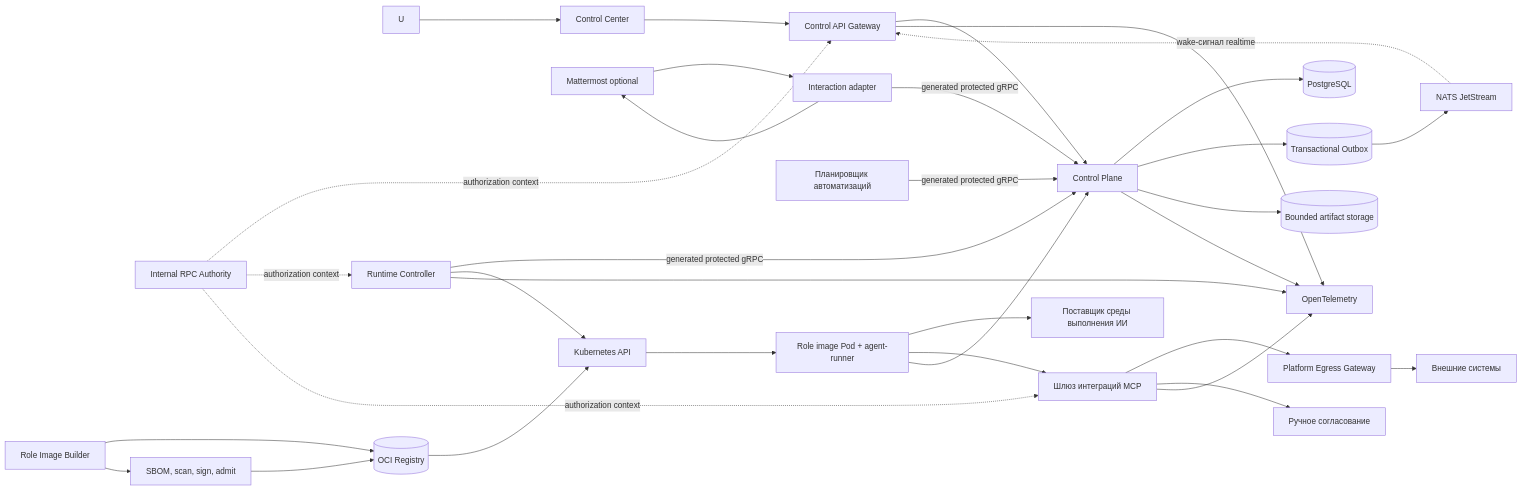
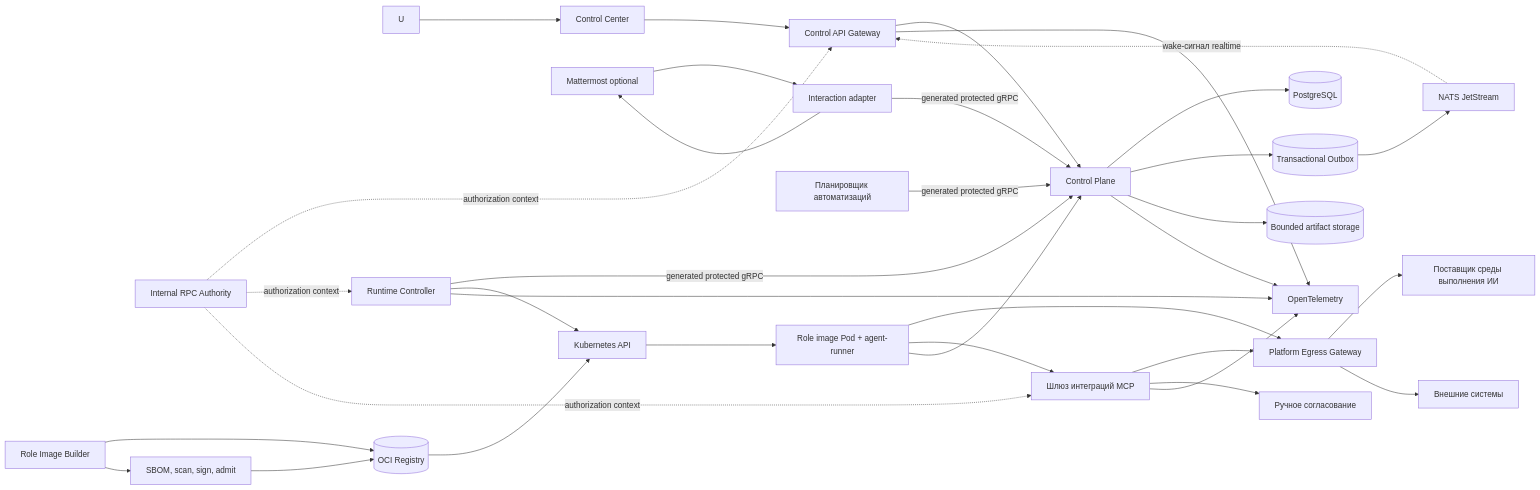
One commit to codex-k8s/kodex changed the diagram in docs/architecture/high-level-architecture.md. Above: the diagram before and after it, drawn with Mermaid. The commit also changed other lines of this file, not shown here.

Commit message:
docs: уточнить egress путь окружений ролей

````diff
--- a/docs/architecture/high-level-architecture.md
+++ b/docs/architecture/high-level-architecture.md
@@ -13,35 +13,36 @@
 ```mermaid
 flowchart LR
     U --> CC[Control Center]
     CC --> CAG[Control API Gateway]
     CAG --> CP[Control Plane]
     MM[Mattermost optional] --> IA[Interaction adapter]
     IA -- generated protected gRPC --> CP
     IRA[Internal RPC Authority] -. authorization context .-> CAG
     IRA -. authorization context .-> RC
     IRA -. authorization context .-> MG
     CP --> PG[(PostgreSQL)]
     CP --> OB[(Transactional Outbox)]
     OB --> NATS[NATS JetStream]
     AS[Планировщик автоматизаций] -- generated protected gRPC --> CP
     NATS -. wake-сигнал realtime .-> CAG
     RC[Runtime Controller] -- generated protected gRPC --> CP
     RC --> K8S[Kubernetes API]
     K8S --> AR[Role image Pod + agent-runner]
-    AR --> AI[Поставщик среды выполнения ИИ]
+    AR --> EG[Platform Egress Gateway]
+    EG --> AI[Поставщик среды выполнения ИИ]
     AR --> MG[Шлюз интеграций MCP]
-    MG --> EG[Platform Egress Gateway]
+    MG --> EG
     EG --> EXT[Внешние системы]
     MG --> AP[Ручное согласование]
     AR --> CP
     CP --> AB[(Bounded artifact storage)]
     IA --> MM
     RIB[Role Image Builder] --> REG[(OCI Registry)]
     RIB --> ADM[SBOM, scan, sign, admit]
     ADM --> REG
     REG --> K8S
     CP --> OT[OpenTelemetry]
     CAG --> OT
     RC --> OT
     MG --> OT
 ```
````
